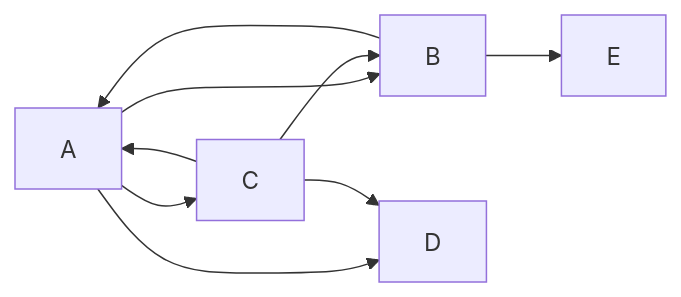
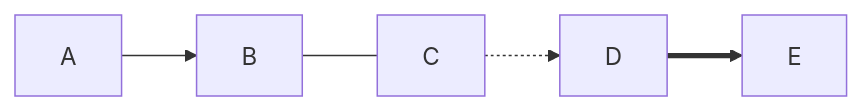
The second of 2 diagrams in README.md (Yooni14/261112_first), drawn with Mermaid before and after one commit. The commit also changed other lines of this file, not shown here.

````diff
--- a/README.md
+++ b/README.md
@@ -66,6 +597,7 @@
 ```mermaid
-graph LR;
-    A --> B & C & D
-    B --> A & E
-    C --> A & B & D
+flowchart LR
+    A --> B
+    B --- C
+    C -.-> D
+    D ==> E
 ```
````
